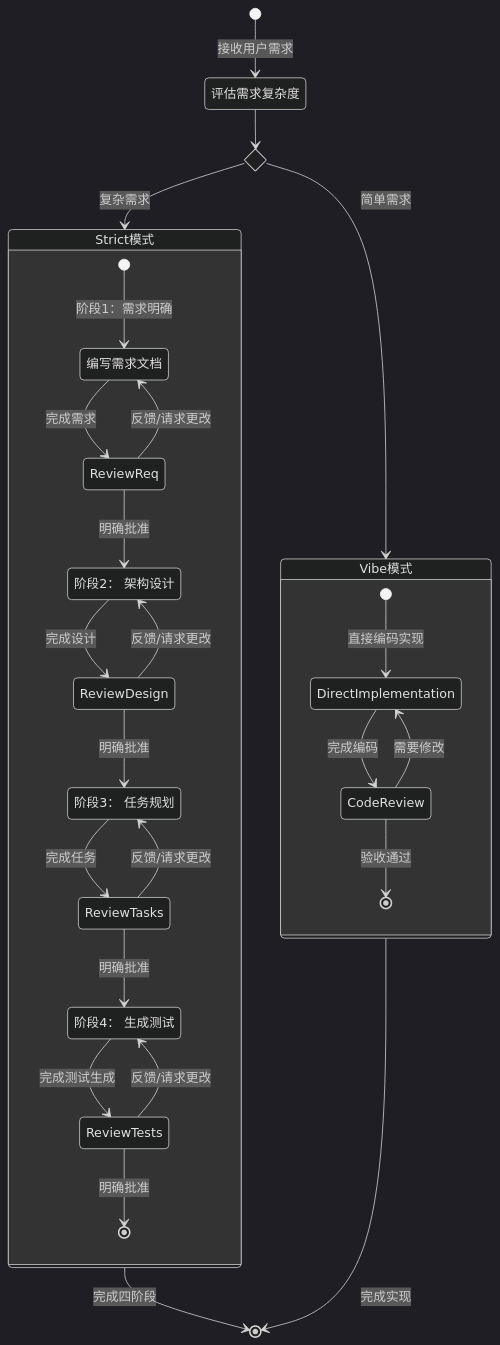
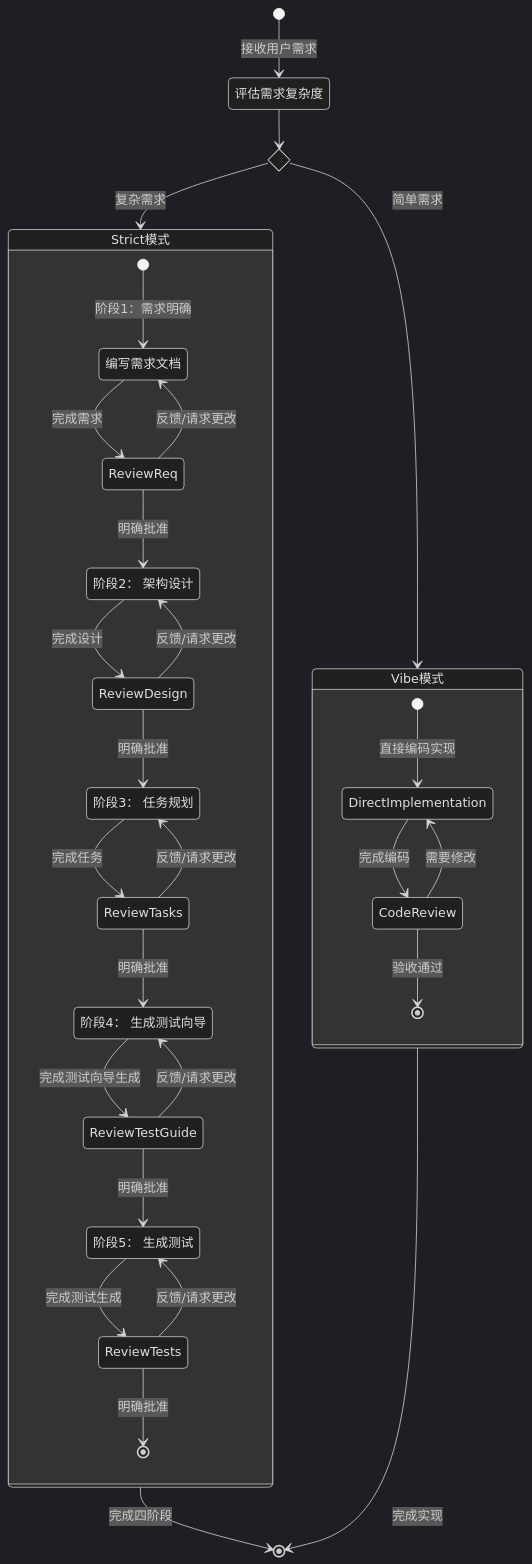
Before and after one commit to monkeyDluffy6017/hrms: the diagram in .roo/rules-strict/rules-strict.md, drawn with Mermaid (dark theme). The commit also changed other lines of this file and 1 other file, not shown here.

Commit message:
feat: add test guide workflow

````diff
--- a/.roo/rules-strict/rules-strict.md
+++ b/.roo/rules-strict/rules-strict.md
@@ -197,49 +202,54 @@
 ```mermaid
 stateDiagram-v2
   [*] --> DemandAssessment : 接收用户需求
 
   state 需求评估 <<choice>>
   state Strict模式 <<compound>>
   state Vibe模式 <<compound>>
 
   DemandAssessment : 评估需求复杂度
   DemandAssessment --> 需求评估
 
   需求评估 --> Strict模式 : 复杂需求
   需求评估 --> Vibe模式 : 简单需求
 
   state Strict模式 {
       [*] --> Requirements : 阶段1：需求明确
 
       Requirements : 编写需求文档
       Design : 阶段2： 架构设计
       Tasks : 阶段3： 任务规划
-      Tests : 阶段4： 生成测试
+      TestGuide : 阶段4： 生成测试向导
+      Tests : 阶段5： 生成测试
 
       Requirements --> ReviewReq : 完成需求
       ReviewReq --> Requirements : 反馈/请求更改
       ReviewReq --> Design : 明确批准
 
       Design --> ReviewDesign : 完成设计
       ReviewDesign --> Design : 反馈/请求更改
       ReviewDesign --> Tasks : 明确批准
 
       Tasks --> ReviewTasks : 完成任务
       ReviewTasks --> Tasks : 反馈/请求更改
-      ReviewTasks --> Tests : 明确批准
+      ReviewTasks --> TestGuide : 明确批准
+
+      TestGuide --> ReviewTestGuide : 完成测试向导生成
+      ReviewTestGuide --> TestGuide : 反馈/请求更改
+      ReviewTestGuide --> Tests : 明确批准
 
       Tests --> ReviewTests : 完成测试生成
       ReviewTests --> Tests : 反馈/请求更改
       ReviewTests --> [*] : 明确批准
   }
 
   state Vibe模式 {
       [*] --> DirectImplementation : 直接编码实现
       DirectImplementation --> CodeReview : 完成编码
       CodeReview --> DirectImplementation : 需要修改
       CodeReview --> [*] : 验收通过
   }
 
   Strict模式 --> [*] : 完成四阶段
   Vibe模式 --> [*] : 完成实现
 ```
````
